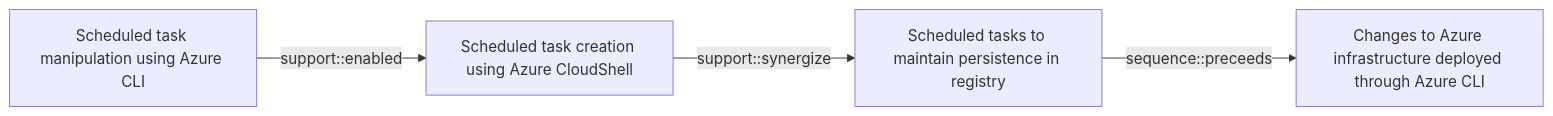
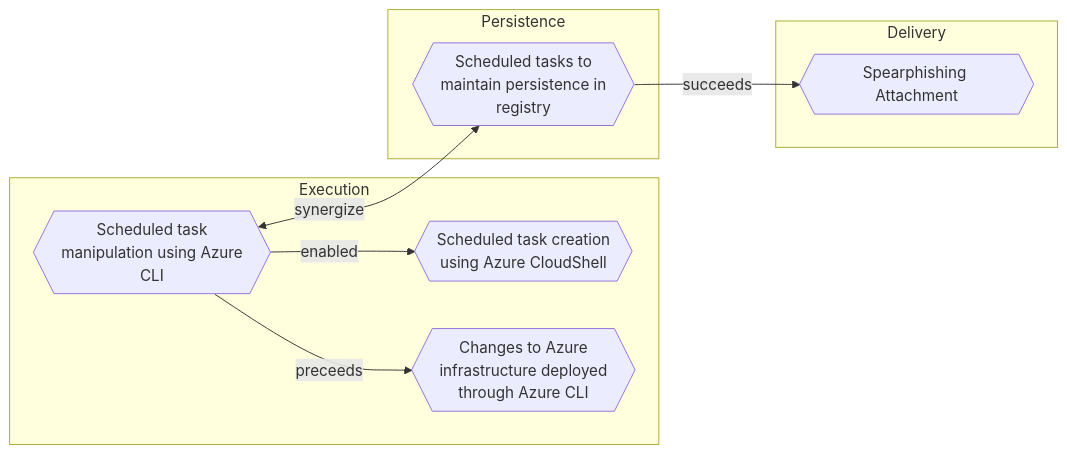
One commit to opentidehq/library changed the diagram in docs/threats/scheduled-task-manipulation-using-azure-cli.md. Above: the diagram before and after it, drawn with Mermaid. The commit also changed other lines of this file and 540 other files, not shown here.

````diff
--- a/docs/threats/scheduled-task-manipulation-using-azure-cli.md
+++ b/docs/threats/scheduled-task-manipulation-using-azure-cli.md
@@ -87,10 +106,18 @@
 ```mermaid
 flowchart LR
-edfe43fd_4a92_4f2d_a733_40e235be1b25["Scheduled task manipulation using Azure CLI"]
-670504aa_cfb8_4d1f_a5ad_16193822085f["Scheduled task creation using Azure CloudShell"]
-5e66f826_4c4b_4357_b9c5_2f40da207f34["Scheduled tasks to maintain persistence in registry"]
-60c5b065_7d06_4697_850f_c2f80765f10b["Changes to Azure infrastructure deployed through Azure CLI"]
-edfe43fd_4a92_4f2d_a733_40e235be1b25 -->|support::enabled| 670504aa_cfb8_4d1f_a5ad_16193822085f
-670504aa_cfb8_4d1f_a5ad_16193822085f -->|support::synergize| 5e66f826_4c4b_4357_b9c5_2f40da207f34
-5e66f826_4c4b_4357_b9c5_2f40da207f34 -->|sequence::preceeds| 60c5b065_7d06_4697_850f_c2f80765f10b
+subgraph "Execution"
+edfe43fd_4a92_4f2d_a733_40e235be1b25{{"Scheduled task<br>manipulation using Azure<br>CLI"}}
+670504aa_cfb8_4d1f_a5ad_16193822085f{{"Scheduled task creation<br>using Azure CloudShell"}}
+60c5b065_7d06_4697_850f_c2f80765f10b{{"Changes to Azure<br>infrastructure deployed<br>through Azure CLI"}}
+end
+subgraph "Persistence"
+5e66f826_4c4b_4357_b9c5_2f40da207f34{{"Scheduled tasks to<br>maintain persistence in<br>registry"}}
+end
+subgraph "Delivery"
+dd5d942c_bac4_4000_b9a6_ca4fef6cfb84{{"Spearphishing Attachment"}}
+end
+edfe43fd_4a92_4f2d_a733_40e235be1b25 -->|enabled| 670504aa_cfb8_4d1f_a5ad_16193822085f
+edfe43fd_4a92_4f2d_a733_40e235be1b25 <-->|synergize| 5e66f826_4c4b_4357_b9c5_2f40da207f34
+edfe43fd_4a92_4f2d_a733_40e235be1b25 -->|preceeds| 60c5b065_7d06_4697_850f_c2f80765f10b
+5e66f826_4c4b_4357_b9c5_2f40da207f34 -->|succeeds| dd5d942c_bac4_4000_b9a6_ca4fef6cfb84
 ```
````
